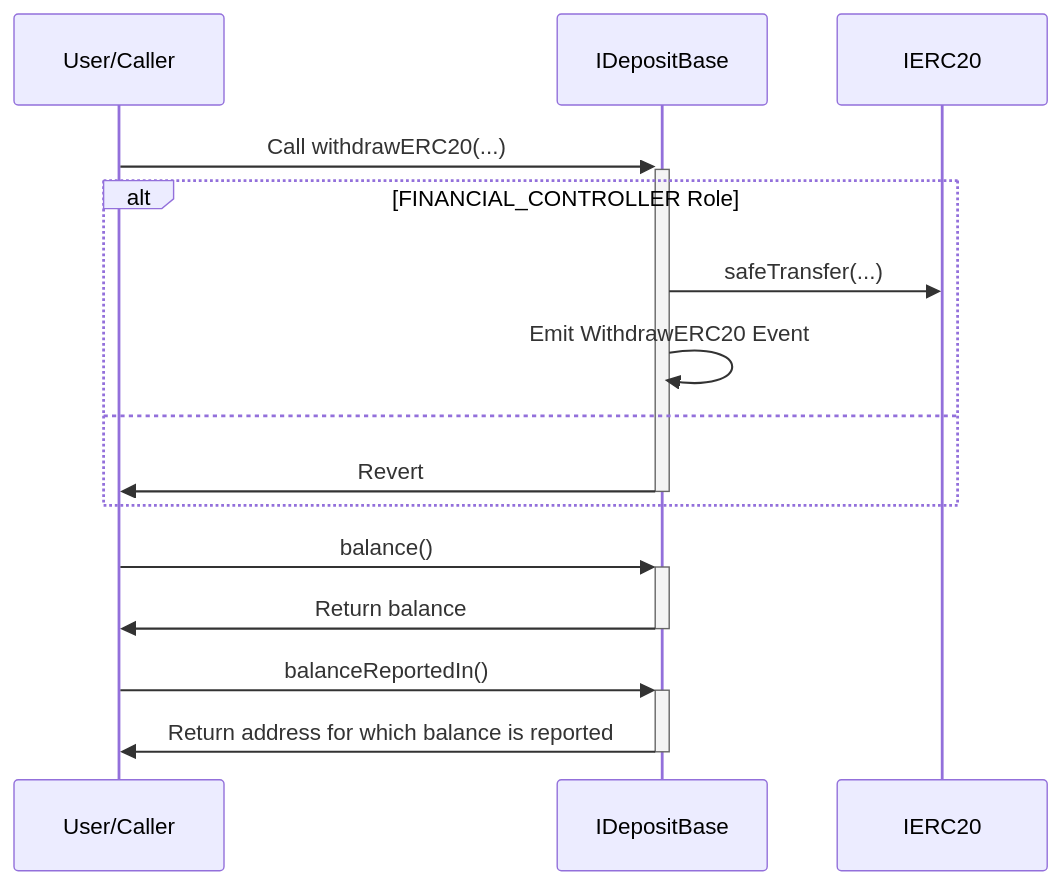
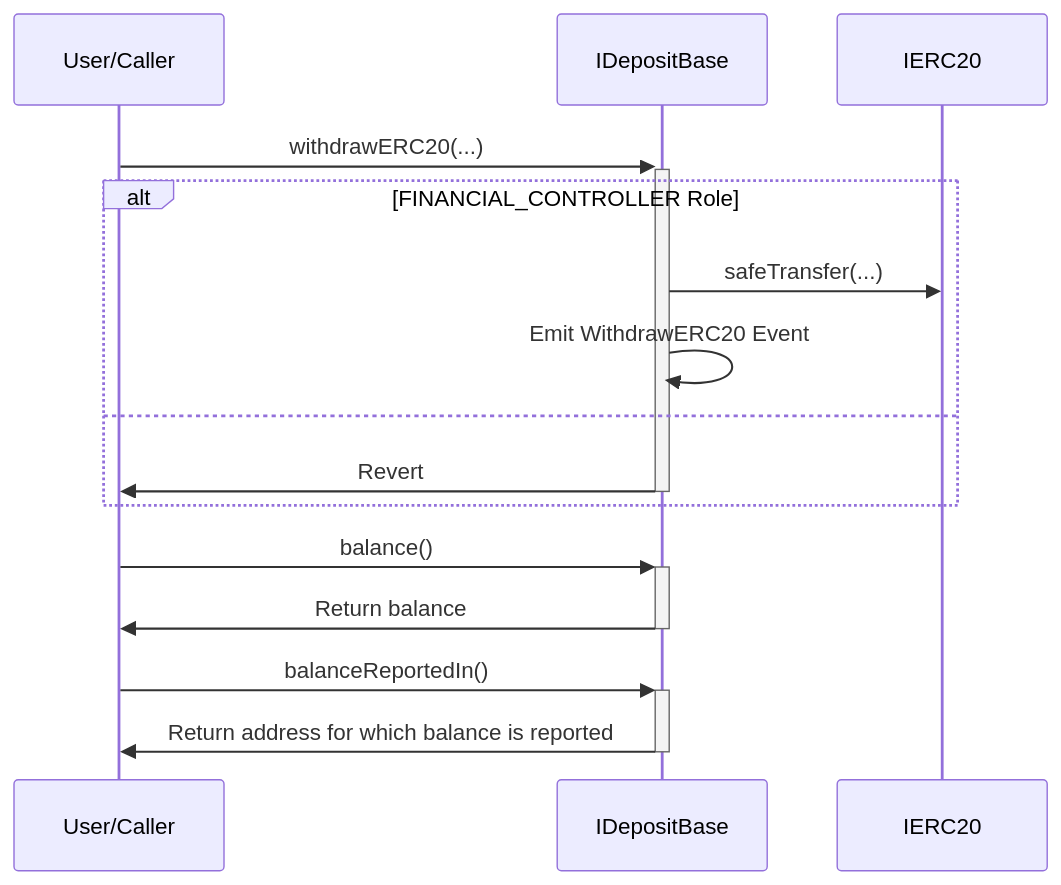
One commit to ZTX-Foundation/tuxedo changed the second of 2 diagrams in doc/contracts/finance/DepositBase.md. Above: the diagram before and after it, drawn with Mermaid.

````diff
--- a/doc/contracts/finance/DepositBase.md
+++ b/doc/contracts/finance/DepositBase.md
@@ -21,20 +21,20 @@
 ```mermaid
 sequenceDiagram
     participant User as User/Caller
     participant IDepositBase
     participant IERC20
 
-    User->>+IDepositBase: Call withdrawERC20(...)
+    User->>+IDepositBase: withdrawERC20(...)
     alt FINANCIAL_CONTROLLER Role
         IDepositBase->>IERC20: safeTransfer(...)
         IDepositBase->>IDepositBase: Emit WithdrawERC20 Event
     else
         IDepositBase->>-User: Revert
     end
 
     User->>+IDepositBase: balance()
     IDepositBase->>-User: Return balance
 
     User->>+IDepositBase: balanceReportedIn()
     IDepositBase->>-User: Return address for which balance is reported
 ```
````
